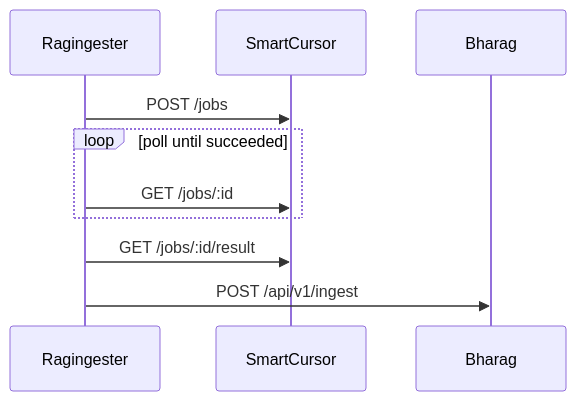
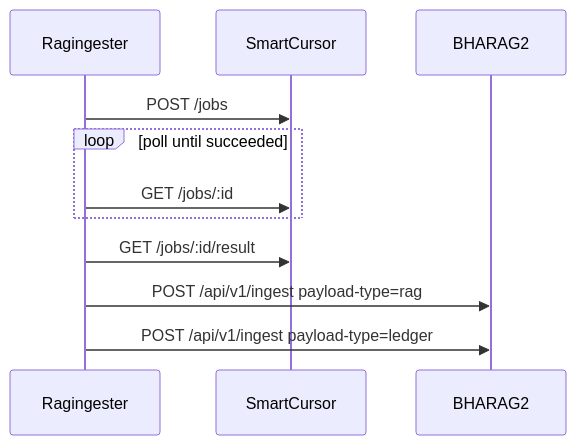
The fourth of 4 diagrams in docs/ingestion-stack.md (kaiqi-eng/ragingester), drawn with Mermaid before and after one commit. The commit also changed other lines of this file and 14 other files, not shown here.

````diff
--- a/docs/ingestion-stack.md
+++ b/docs/ingestion-stack.md
@@ -391,13 +356,14 @@
 ```mermaid
 sequenceDiagram
   participant R as Ragingester
   participant S as SmartCursor
-  participant B as Bharag
+  participant B as BHARAG2
 
   R->>S: POST /jobs
   loop poll until succeeded
     R->>S: GET /jobs/:id
   end
   R->>S: GET /jobs/:id/result
-  R->>B: POST /api/v1/ingest
+  R->>B: POST /api/v1/ingest payload-type=rag
+  R->>B: POST /api/v1/ingest payload-type=ledger
 ```
````
